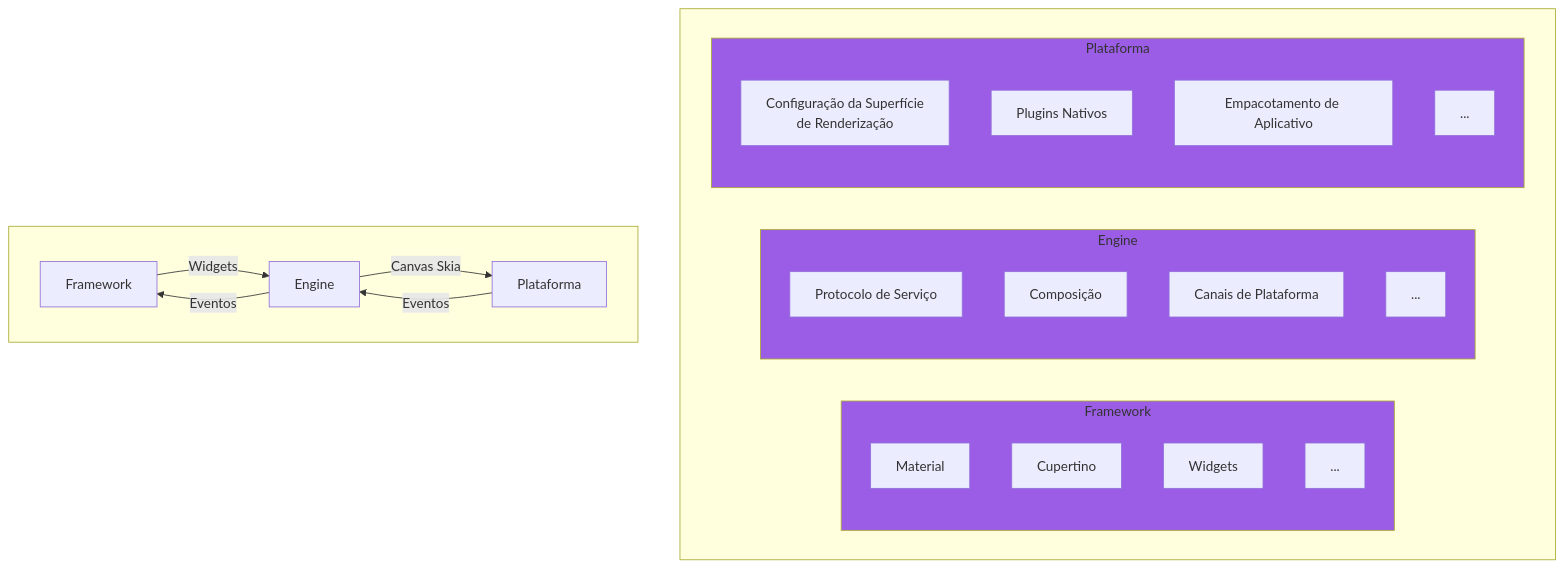
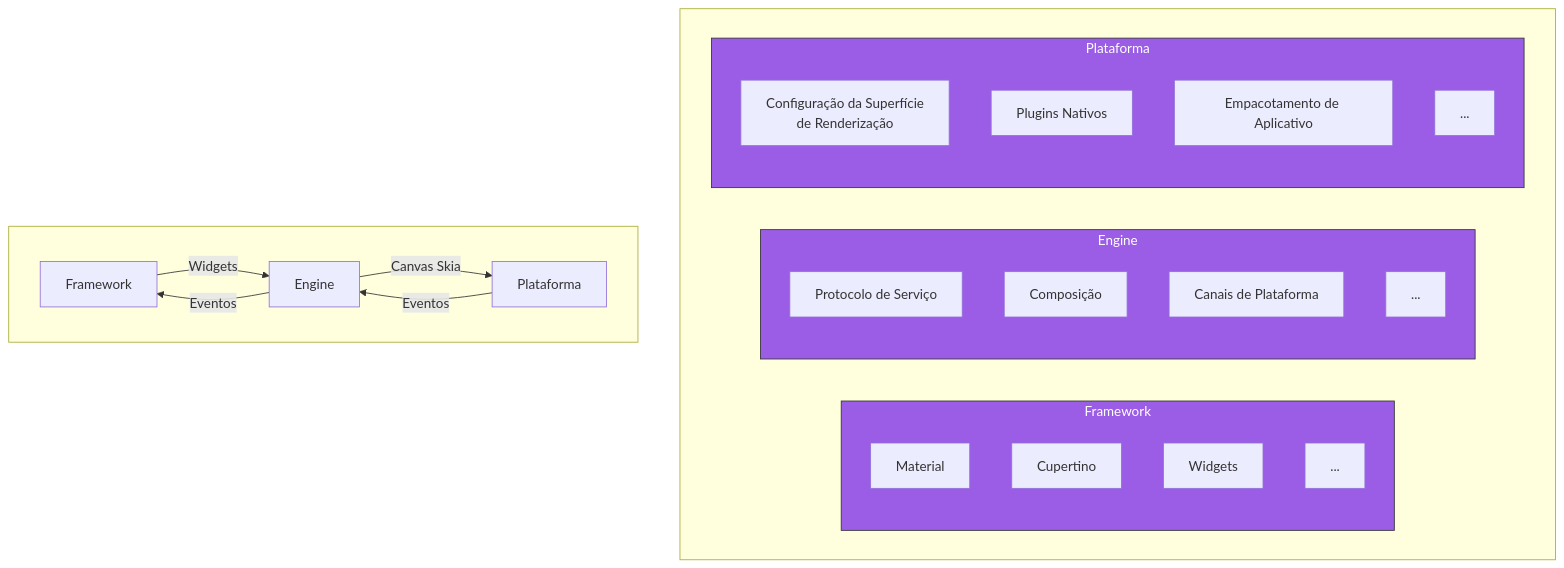
Before and after one commit to rsicarelli/KMP-101: the eighth of 12 diagrams in posts/KMP101-parte1.md, drawn with Mermaid. The commit also changed other lines of this file, not shown here.

Commit message:
match style for all graphs

````diff
--- a/posts/KMP101-parte1.md
+++ b/posts/KMP101-parte1.md
@@ -280,37 +280,37 @@
 ```mermaid
 graph TD
     subgraph " "
         subgraph area1[Framework]
             Material[Material]
             Cupertino[Cupertino]
             Widgets[Widgets]
             Rendering[...]
         end
 
         subgraph area2[Engine]
             ServiceProtocol[Protocolo de Serviço]
             Composition[Composição]
             PlatformChannels[Canais de Plataforma]
             DartIsolateSetup[...]
         end
 
         subgraph area3[Plataforma]
             RenderSurfaceSetup[Configuração da Superfície <br> de Renderização]
             NativePlugins[Plugins Nativos]
             AppPackaging[Empacotamento de Aplicativo]
             EventLoopInterop[...]
         end
     end
 
-    classDef area fill: #9b5de5
+    classDef area fill: #9b5de5, color: #fff, stroke: #333, stroke-width: 1px
     classDef defaultStyle stroke: #333, stroke-width: 1px;
     class area1,area2,area3 area
     class Bridge,ReactComp,ReactLib,NatModImpl,UIMod,NatPlat,Yoga defaultStyle;
     subgraph " "
         A[Framework] -->|Widgets| B[Engine]
         B -->|Canvas Skia| C[Plataforma]
         C -->|Eventos| B
         B -->|Eventos| A
     end
 %% Conexões entre os subgráficos aqui, se necessário
 ```
````
